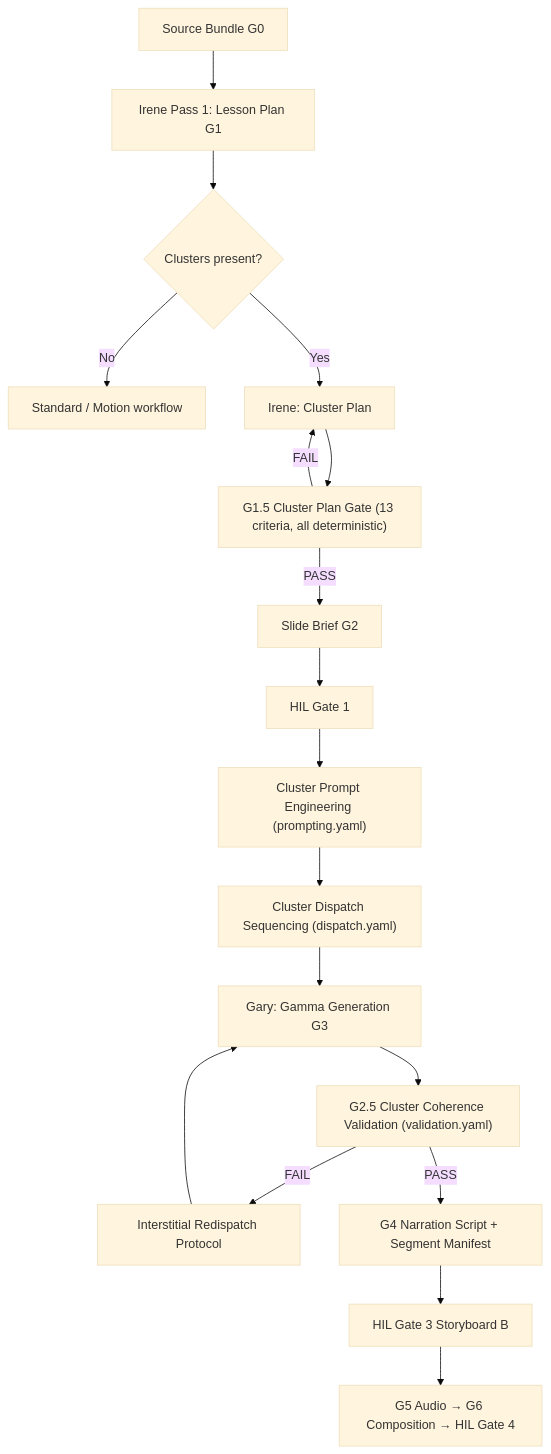
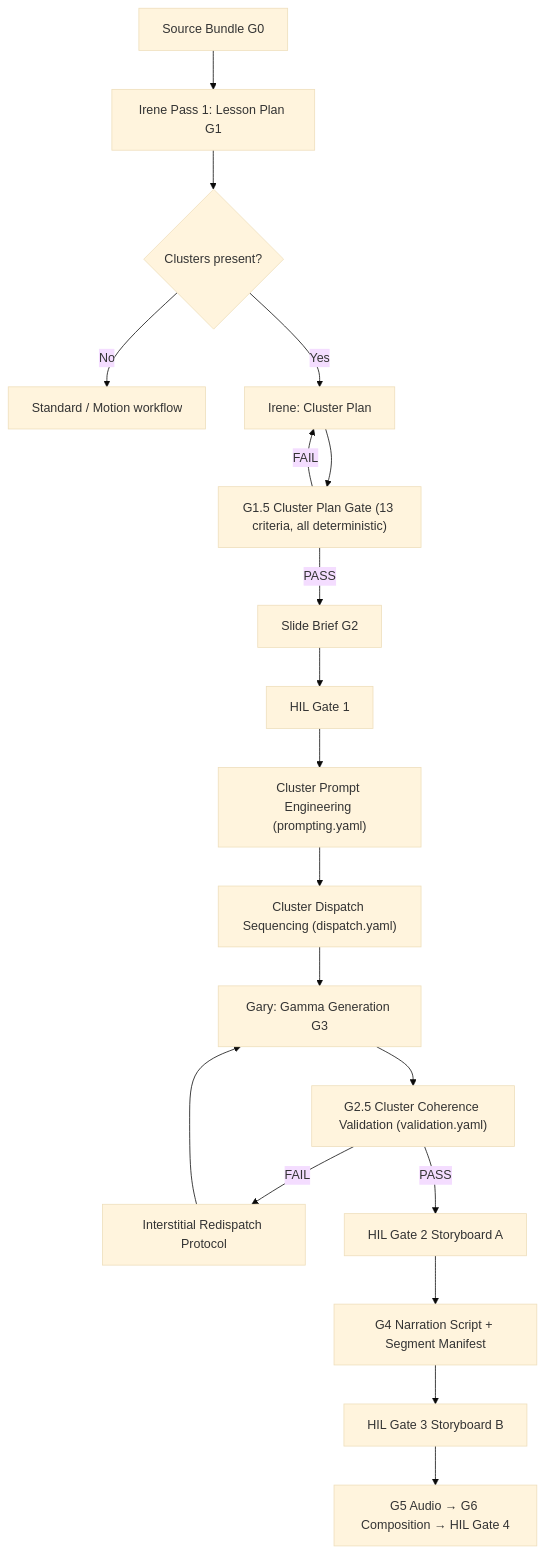
Before and after one commit to jlenrique/course-DEV-IDE-with-AGENTS: the diagram in docs/workflow/cluster-workflow.md, drawn with Mermaid (base theme). The commit also changed other lines of this file and 79 other files, not shown here.

````diff
--- a/docs/workflow/cluster-workflow.md
+++ b/docs/workflow/cluster-workflow.md
@@ -11,20 +11,21 @@
 ```mermaid
 flowchart TD
     A[Source Bundle G0] --> B[Irene Pass 1: Lesson Plan G1]
     B --> C{Clusters present?}
     C -- No --> D[Standard / Motion workflow]
     C -- Yes --> E[Irene: Cluster Plan]
     E --> F["G1.5 Cluster Plan Gate (13 criteria, all deterministic)"]
     F -- FAIL --> E
     F -- PASS --> G[Slide Brief G2]
     G --> H[HIL Gate 1]
     H --> I["Cluster Prompt Engineering (prompting.yaml)"]
     I --> J["Cluster Dispatch Sequencing (dispatch.yaml)"]
     J --> K[Gary: Gamma Generation G3]
     K --> L["G2.5 Cluster Coherence Validation (validation.yaml)"]
     L -- FAIL --> M[Interstitial Redispatch Protocol]
     M --> K
-    L -- PASS --> N[G4 Narration Script + Segment Manifest]
+    L -- PASS --> N0[HIL Gate 2 Storyboard A]
+    N0 --> N[G4 Narration Script + Segment Manifest]
     N --> O[HIL Gate 3 Storyboard B]
     O --> P[G5 Audio → G6 Composition → HIL Gate 4]
 ```
````
